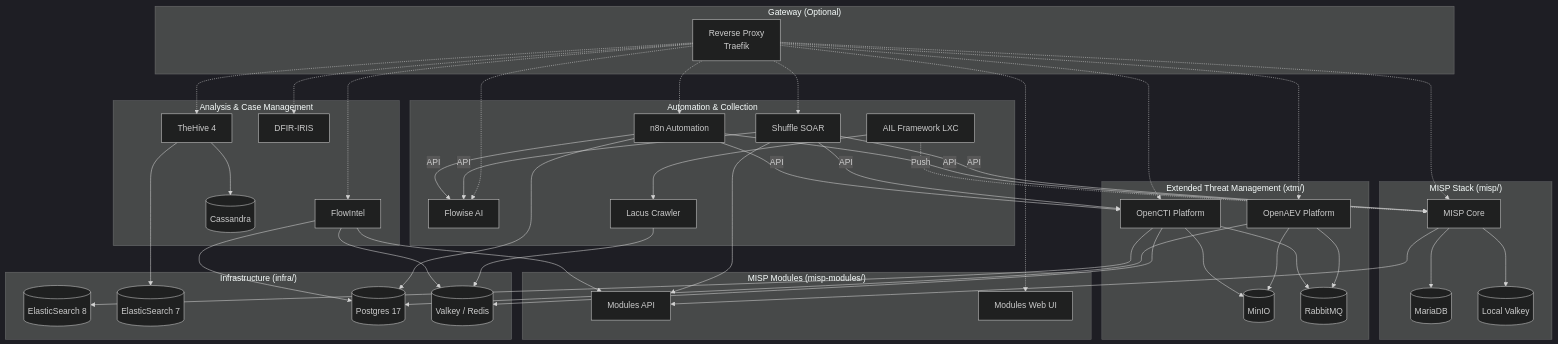
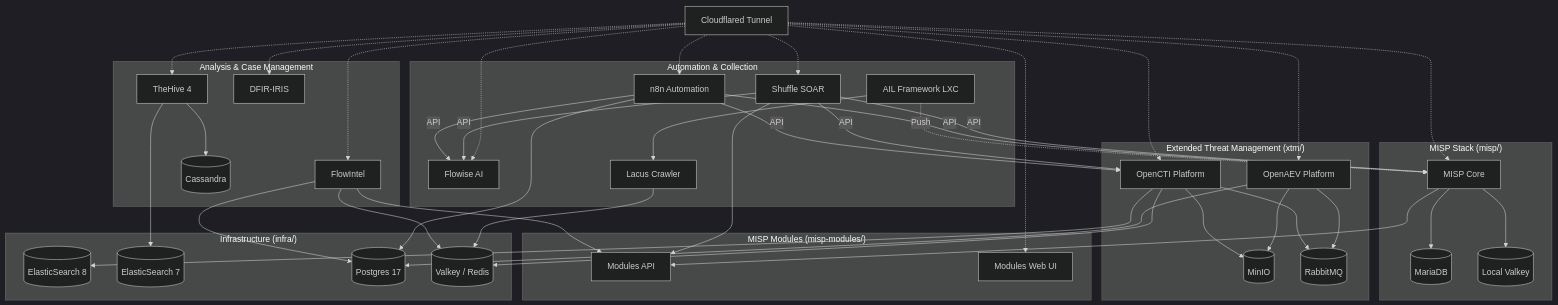
Before and after one commit to JazenaYLA/threatlabs-cti-stack: the diagram in README.md, drawn with Mermaid (dark theme). The commit also changed other lines of this file, not shown here.

Commit message:
docs: replace Traefik with Cloudflared tunnel in documentation

````diff
--- a/README.md
+++ b/README.md
@@ -9,68 +9,66 @@
 ```mermaid
     graph TD
 
-    subgraph "Gateway (Optional)"
-        Proxy[Reverse Proxy<br/>Traefik]
-    end
+        Proxy[Cloudflared Tunnel]
 
     subgraph "Infrastructure (infra/)"
         ES8[(ElasticSearch 8)]
         ES7[(ElasticSearch 7)]
         Postgres[(Postgres 17)]
         Valkey[(Valkey / Redis)]
     end
 
     subgraph "MISP Stack (misp/)"
         MISP[MISP Core]
         MISPDB[(MariaDB)]
         MISPCache[(Local Valkey)]
     end
 
     subgraph "MISP Modules (misp-modules/)"
         Modules[Modules API]
         ModulesWeb[Modules Web UI]
     end
 
     subgraph "Extended Threat Management (xtm/)"
         OpenCTI[OpenCTI Platform]
         OpenAEV[OpenAEV Platform]
         XTMMinIO[(MinIO)]
         XTMRabbit[(RabbitMQ)]
     end
 
     subgraph "Analysis & Case Management"
         FlowIntel[FlowIntel]
         TheHive[TheHive 4]
         Cassandra[(Cassandra)]
         IRIS[DFIR-IRIS]
     end
 
     subgraph "Automation & Collection"
         n8n[n8n Automation]
         Flowise[Flowise AI]
         Shuffle[Shuffle SOAR]
         Lacus[Lacus Crawler]
         AIL[AIL Framework LXC]
     end
 
     %% Infrastructure Dependencies
     OpenCTI --> ES8
     TheHive --> ES7
     
     OpenAEV & FlowIntel & n8n --> Postgres
     OpenCTI & FlowIntel & Lacus --> Valkey
 
     %% Local Stack Dependencies
     MISP --> MISPDB & MISPCache
     TheHive --> Cassandra
     OpenCTI & OpenAEV --> XTMMinIO & XTMRabbit
 
     %% Integrations
     MISP & FlowIntel & Shuffle --> Modules
     AIL --> Lacus
     AIL -.->|Push| MISP
     n8n & Shuffle -->|API| MISP & OpenCTI & Flowise
     
     %% Gateway Routing
     Proxy -.-> MISP & ModulesWeb & OpenCTI & OpenAEV & FlowIntel & n8n & Flowise & TheHive & IRIS & Shuffle
 ```
````
